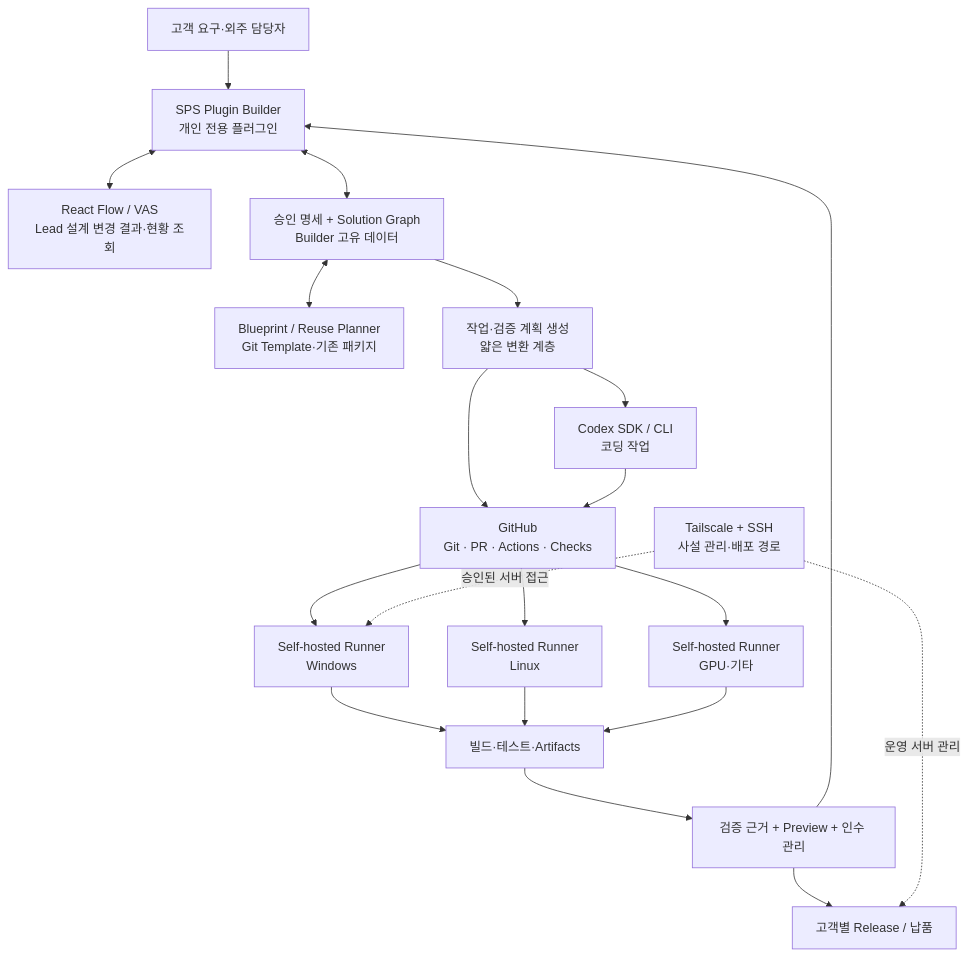
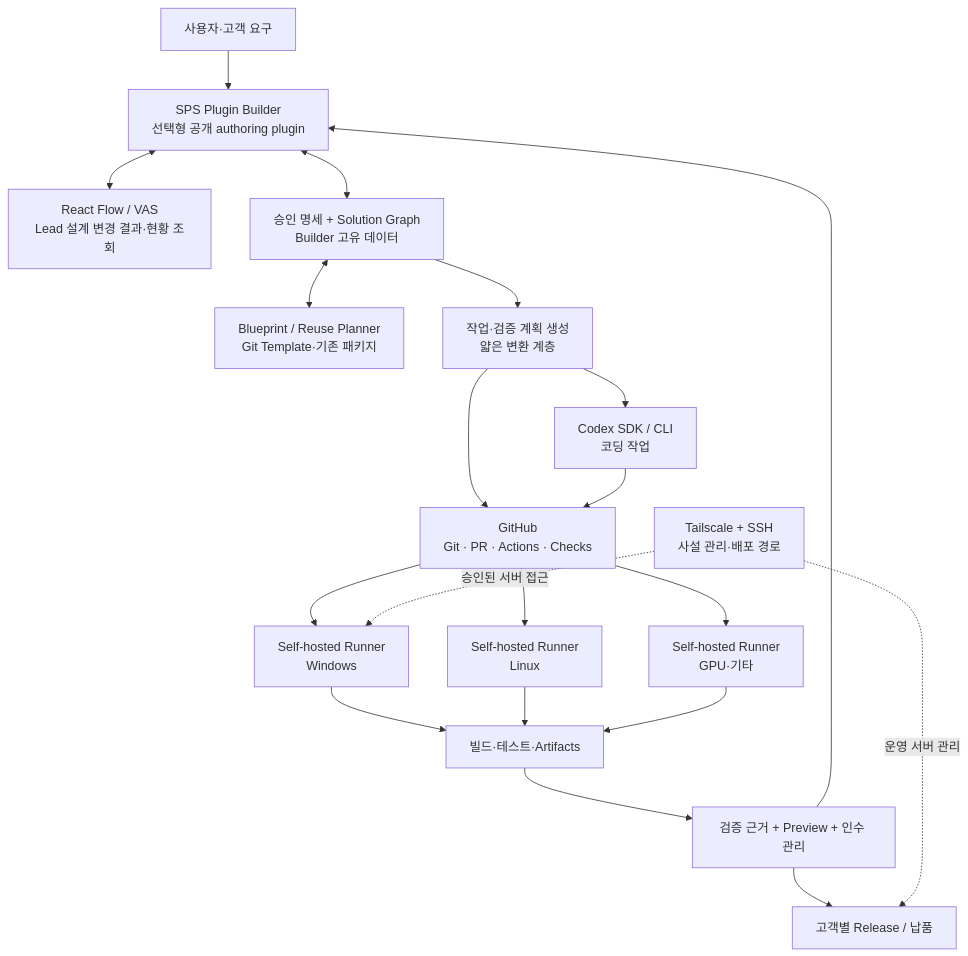
One commit to Powerpunch777/SPS-MY-PluginBuilder changed the first of 4 diagrams in docs/design/01_Design/SPS_Plugin_Builder_Codex_Final_Design_v15.md. Above: the diagram before and after it, drawn with Mermaid. The commit also changed other lines of this file and 4 other files, not shown here.

Commit message:
docs: align generic optional Builder with Core architecture

````diff
--- a/docs/design/01_Design/SPS_Plugin_Builder_Codex_Final_Design_v15.md
+++ b/docs/design/01_Design/SPS_Plugin_Builder_Codex_Final_Design_v15.md
@@ -74,22 +101,22 @@
 ```mermaid
 flowchart TD
-  U["고객 요구·외주 담당자"] --> B["SPS Plugin Builder<br/>개인 전용 플러그인"]
+  U["사용자·고객 요구"] --> B["SPS Plugin Builder<br/>선택형 공개 authoring plugin"]
   B <--> V["React Flow / VAS<br/>Lead 설계 변경 결과·현황 조회"]
   B <--> S["승인 명세 + Solution Graph<br/>Builder 고유 데이터"]
   S <--> P["Blueprint / Reuse Planner<br/>Git Template·기존 패키지"]
   S --> C["작업·검증 계획 생성<br/>얇은 변환 계층"]
   C --> G["GitHub<br/>Git · PR · Actions · Checks"]
   C --> X["Codex SDK / CLI<br/>코딩 작업"]
   G --> R1["Self-hosted Runner<br/>Windows"]
   G --> R2["Self-hosted Runner<br/>Linux"]
   G --> R3["Self-hosted Runner<br/>GPU·기타"]
   R1 --> E["빌드·테스트·Artifacts"]
   R2 --> E
   R3 --> E
   X --> G
   E --> Q["검증 근거 + Preview + 인수 관리"]
   Q --> D["고객별 Release / 납품"]
   Q --> B
   N["Tailscale + SSH<br/>사설 관리·배포 경로"] -. "승인된 서버 접근" .-> R1
   N -.->|운영 서버 관리| D
 ```
````
